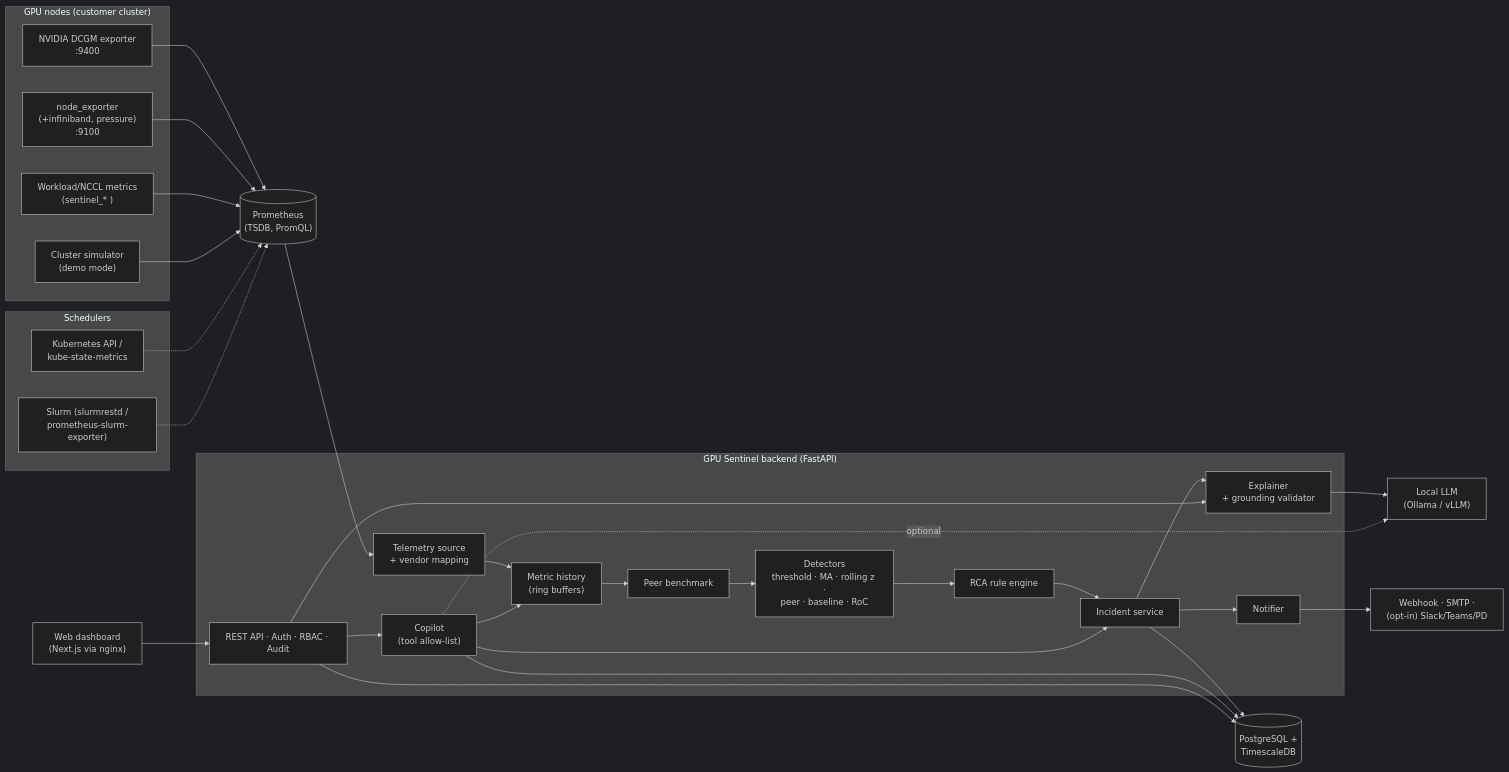
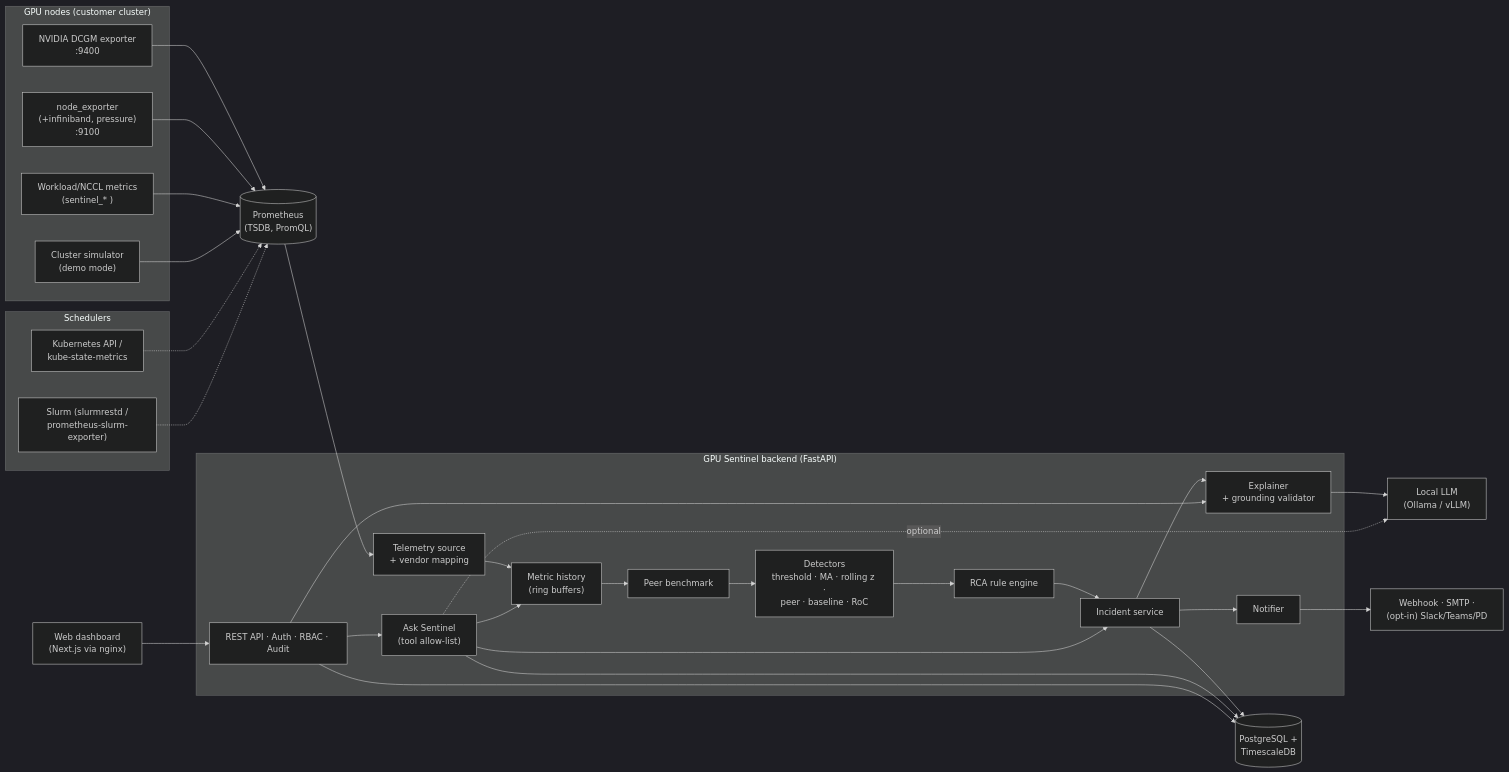
The first of 4 diagrams in gpu-sentinel/docs/ARCHITECTURE.md (aideveloperme/AI-Project), drawn with Mermaid (dark theme) before and after one commit. The commit also changed other lines of this file and 14 other files, not shown here.

First line of the commit message:
Rename copilot API and module to Ask Sentinel

````diff
--- a/gpu-sentinel/docs/ARCHITECTURE.md
+++ b/gpu-sentinel/docs/ARCHITECTURE.md
@@ -74,40 +74,40 @@
 ```mermaid
 flowchart LR
   subgraph GPU_Nodes["GPU nodes (customer cluster)"]
     DCGM["NVIDIA DCGM exporter<br/>:9400"]
     NE["node_exporter<br/>(+infiniband, pressure)<br/>:9100"]
     WA["Workload/NCCL metrics<br/>(sentinel_* )"]
     SIM["Cluster simulator<br/>(demo mode)"]
   end
   subgraph Sched["Schedulers"]
     K8S["Kubernetes API /<br/>kube-state-metrics"]
     SLURM["Slurm (slurmrestd /<br/>prometheus-slurm-exporter)"]
   end
   PROM[("Prometheus<br/>(TSDB, PromQL)")]
   subgraph Sentinel["GPU Sentinel backend (FastAPI)"]
     SRC["Telemetry source<br/>+ vendor mapping"]
     HIST["Metric history<br/>(ring buffers)"]
     PEER["Peer benchmark"]
     DET["Detectors<br/>threshold · MA · rolling z ·<br/>peer · baseline · RoC"]
     RCA["RCA rule engine"]
     INC["Incident service"]
     AI["Explainer<br/>+ grounding validator"]
-    COP["Copilot<br/>(tool allow-list)"]
+    COP["Ask Sentinel<br/>(tool allow-list)"]
     NOTI["Notifier"]
     API["REST API · Auth · RBAC · Audit"]
   end
   DB[("PostgreSQL +<br/>TimescaleDB")]
   LLM["Local LLM<br/>(Ollama / vLLM)"]
   UI["Web dashboard<br/>(Next.js via nginx)"]
   EXT["Webhook · SMTP ·<br/>(opt-in) Slack/Teams/PD"]
 
   DCGM & NE & WA & SIM --> PROM
   K8S & SLURM -.-> PROM
   PROM --> SRC --> HIST --> PEER --> DET --> RCA --> INC --> DB
   INC --> AI --> LLM
   INC --> NOTI --> EXT
   COP --> HIST & INC & DB
   COP -.optional.-> LLM
   API --> DB & COP & AI
   UI --> API
 ```
````
